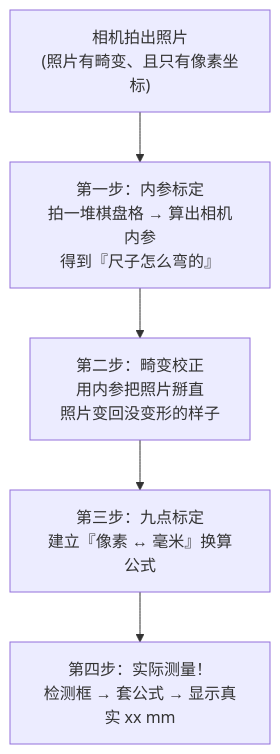
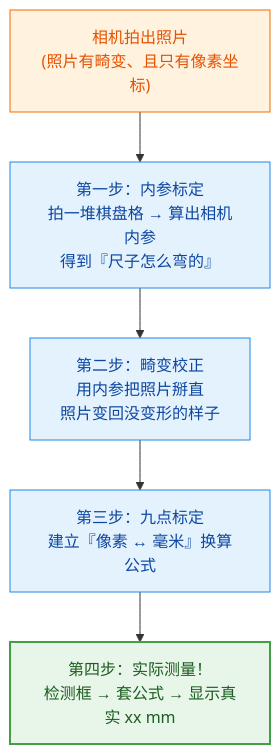
One commit to fanyu99/MyNote changed the second of 2 diagrams in 上位机学习/视觉标定.md. Above: the diagram before and after it, drawn with Mermaid. The commit also changed other lines of this file and 26 other files, not shown here.

````diff
--- a/上位机学习/视觉标定.md
+++ b/上位机学习/视觉标定.md
@@ -351,8 +358,15 @@
 ```mermaid
 flowchart TB
     A["相机拍出照片<br/>(照片有畸变、且只有像素坐标)"] --> B
     B["第一步：内参标定<br/>拍一堆棋盘格 → 算出相机内参<br/>得到『尺子怎么弯的』"] --> C
     C["第二步：畸变校正<br/>用内参把照片掰直<br/>照片变回没变形的样子"] --> D
     D["第三步：九点标定<br/>建立『像素 ↔ 毫米』换算公式"] --> E
     E["第四步：实际测量！<br/>检测框 → 套公式 → 显示真实 xx mm"]
+
+    classDef start fill:#fff3e0,stroke:#ef6c00,color:#e65100;
+    classDef step fill:#e3f2fd,stroke:#1e88e5,color:#0d47a1;
+    classDef goal fill:#e8f5e9,stroke:#43a047,stroke-width:2px,color:#1b5e20;
+    class A start;
+    class B,C,D step;
+    class E goal;
 ```
````
